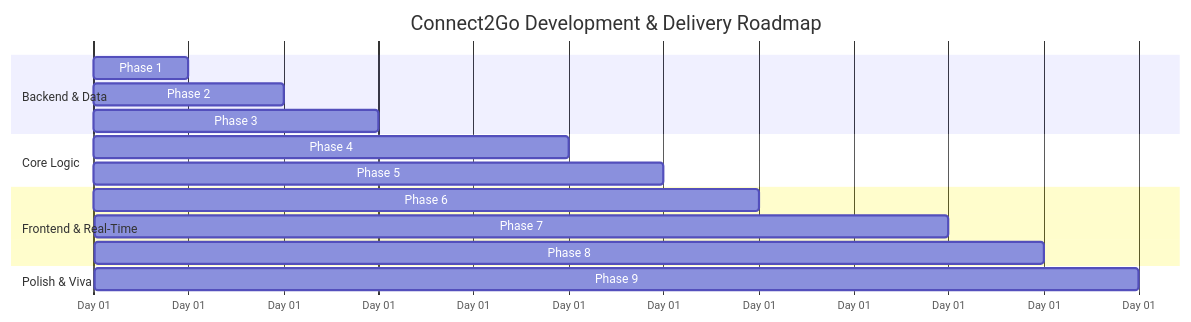
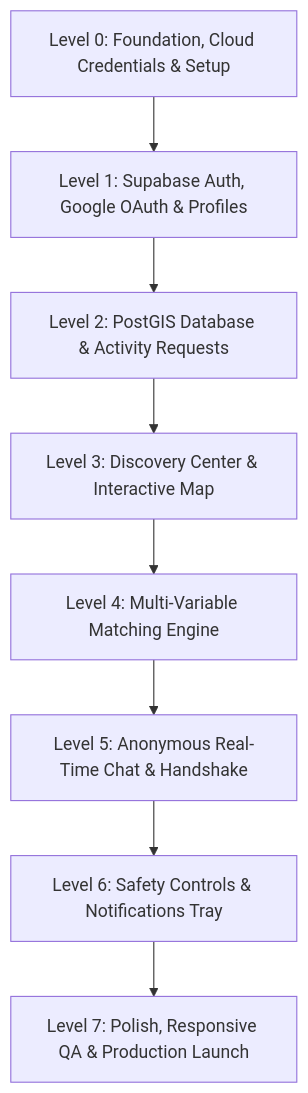
The diagram in 4.Phases.md (KINSHUKHERE/Connect2Go), drawn with Mermaid before and after one commit. The commit also changed other lines of this file and 4 other files, not shown here.

Commit message:
docs: update architecture and roadmap to Supabase, Cloudinary, and Google OAuth with level-by-level plan

````diff
--- a/4.Phases.md
+++ b/4.Phases.md
@@ -6,19 +6,10 @@
 ```mermaid
-gantt
-    title Connect2Go Development & Delivery Roadmap
-    dateFormat  X
-    axisFormat  Day %d
-    section Backend & Data
-    Phase 1: Setup & Scaffolding           :p1, 0, 1
-    Phase 2: Schemas & Database Seeding    :p2, 1, 2
-    Phase 3: Auth & Profile Subsystems     :p3, 2, 3
-    section Core Logic
-    Phase 4: Geospatial & Requests Engine  :p4, 3, 5
-    Phase 5: Algorithmic Matching Engine   :p5, 5, 6
-    section Frontend & Real-Time
-    Phase 6: UI Shell & Interactive Map    :p6, 4, 7
-    Phase 7: Socket.IO Anonymous Chat      :p7, 7, 9
-    Phase 8: Notifications & Safety        :p8, 8, 10
-    section Polish & Viva
-    Phase 9: End-to-End Testing & Polish   :p9, 10, 11
+graph TD
+    L0["Level 0: Foundation, Cloud Credentials & Setup"] --> L1["Level 1: Supabase Auth, Google OAuth & Profiles"]
+    L1 --> L2["Level 2: PostGIS Database & Activity Requests"]
+    L2 --> L3["Level 3: Discovery Center & Interactive Map"]
+    L3 --> L4["Level 4: Multi-Variable Matching Engine"]
+    L4 --> L5["Level 5: Anonymous Real-Time Chat & Handshake"]
+    L5 --> L6["Level 6: Safety Controls & Notifications Tray"]
+    L6 --> L7["Level 7: Polish, Responsive QA & Production Launch"]
 ```
````
